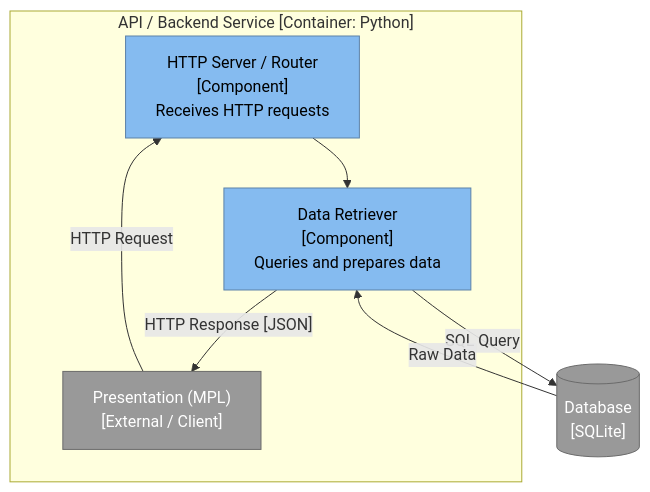
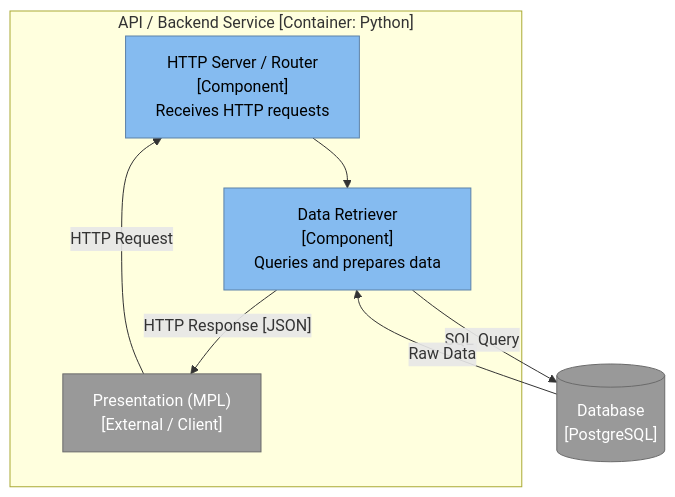
One commit to schusim/SW_engineeringProject changed the fourth of 5 diagrams in docs/architecture.md. Above: the diagram before and after it, drawn with Mermaid. The commit also changed other lines of this file and 1 other file, not shown here.

````diff
--- a/docs/architecture.md
+++ b/docs/architecture.md
@@ -90,20 +90,20 @@
 ```mermaid
 flowchart TB
     subgraph ApiService ["API / Backend Service [Container: Python]"]
         router["HTTP Server / Router<br/>[Component]<br/>Receives HTTP requests"]
         retriever["Data Retriever<br/>[Component]<br/>Queries and prepares data"]
         present["Presentation (MPL)<br/>[External / Client]"] -->|"HTTP Request"| router
     end
 
     
     router --> retriever
-    retriever -->|"SQL Query"| db[("Database<br/>[SQLite]")]
+    retriever -->|"SQL Query"| db[("Database<br/>[PostgreSQL]")]
     db -->|"Raw Data"| retriever
     retriever -->|"HTTP Response [JSON]"| present
 
     classDef container fill:#438dd5,stroke:#2e6295,color:#ffffff
     classDef component fill:#85bbf0,stroke:#5d82a8,color:#000000
     classDef external fill:#999999,stroke:#6b6b6b,color:#ffffff
     class router,retriever component
     class db,present external
 ```
````
